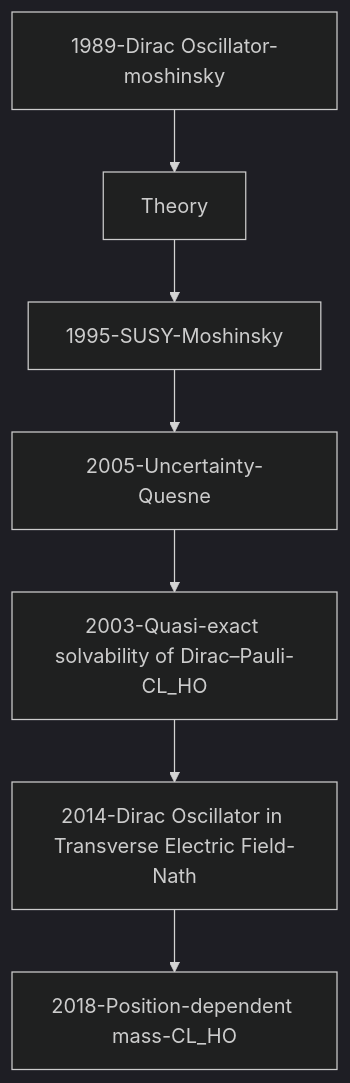
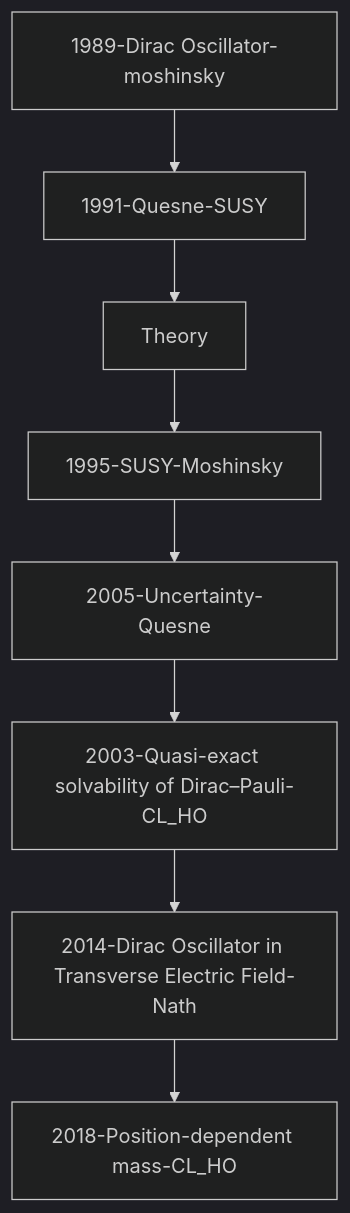
One commit to rajeshphy/research changed the diagram in _posts/2024-09-12-Dirac-Oscillator.markdown. Above: the diagram before and after it, drawn with Mermaid (dark theme).

Commit message:
Dirac Paper added

```diff
--- a/_posts/2024-09-12-Dirac-Oscillator.markdown
+++ b/_posts/2024-09-12-Dirac-Oscillator.markdown
@@ -12,31 +12,33 @@
 <div class="mermaid">
 graph TD;
 
     A[1989-Dirac Oscillator-moshinsky]
+    A1[1991-Quesne-SUSY]
     B[Theory]
     C[1995-SUSY-Moshinsky]
     D[2005-Uncertainty-Quesne]
     
     E[2003-Quasi-exact solvability of Dirac–Pauli-CL_HO]
     F[2014-Dirac Oscillator in Transverse Electric Field-Nath]
     G[2018-Position-dependent mass-CL_HO]
 
-    A --> B; B --> C; C --> D; D --> E; E --> F; F --> G;
+    A -->A1;A1--> B; B --> C; C --> D; D --> E; E --> F; F --> G;
     
 
 
 
 
 
     click A "{{ site.PAPERS-ORG }}/PAPERS-ORG/Dirac/1989-moshinsky.pdf";
+    click A1 "{{ site.PAPERS-ORG }}/PAPERS-ORG/Dirac/1991-SUSY-Quesne.pdf";
     click B "{{ site.PAPERS-ORG }}/PAPERS-ORG/Dirac/Theory-Mohinsky.pdf";
     click C "{{ site.PAPERS-ORG }}/PAPERS-ORG/Dirac/1995-SUSY-Moshinsky.pdf";
     click D "{{ site.PAPERS-ORG }}/PAPERS-ORG/Dirac/2005-Uncertainty-Quesne.pdf";
     click E "{{ site.PAPERS-ORG }}/PAPERS-ORG/Dirac/2003-Quasi-Exact-CL-HO.pdf";
     click F "{{ site.PAPERS-ORG }}/PAPERS-ORG/Dirac/2014-Electric-Magnetic-Nath.pdf";
     click G "{{ site.PAPERS-ORG }}/PAPERS-ORG/Dirac/2018-Position-Dependent-Mass-CL-HO.pdf";
 
 
 
 
 </div>
```
